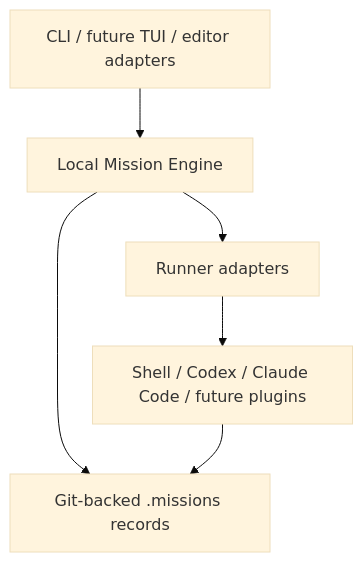
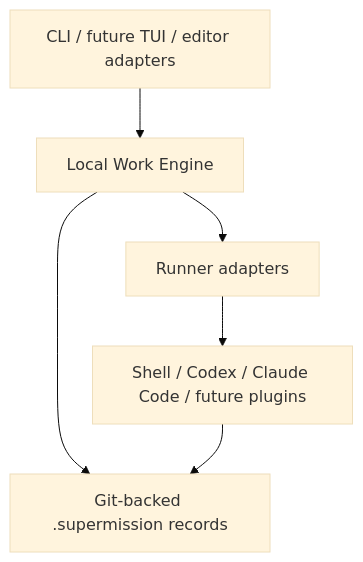
The second of 2 diagrams in README.zh-CN.md (hongbinzuo/supermission), drawn with Mermaid (base theme) before and after one commit. The commit also changed other lines of this file and 29 other files, not shown here.

````diff
--- a/README.zh-CN.md
+++ b/README.zh-CN.md
@@ -107,14 +120,14 @@
 ```mermaid
 flowchart TB
   CLI[CLI / future TUI / editor adapters]
-  Engine[Local Mission Engine]
-  Store[Git-backed .missions records]
+  Engine[Local Work Engine]
+  Store[Git-backed .supermission records]
   Runners[Runner adapters]
   Tools[Shell / Codex / Claude Code / future plugins]
 
   CLI --> Engine
   Engine --> Store
   Engine --> Runners
   Runners --> Tools
   Tools --> Store
 ```
````
